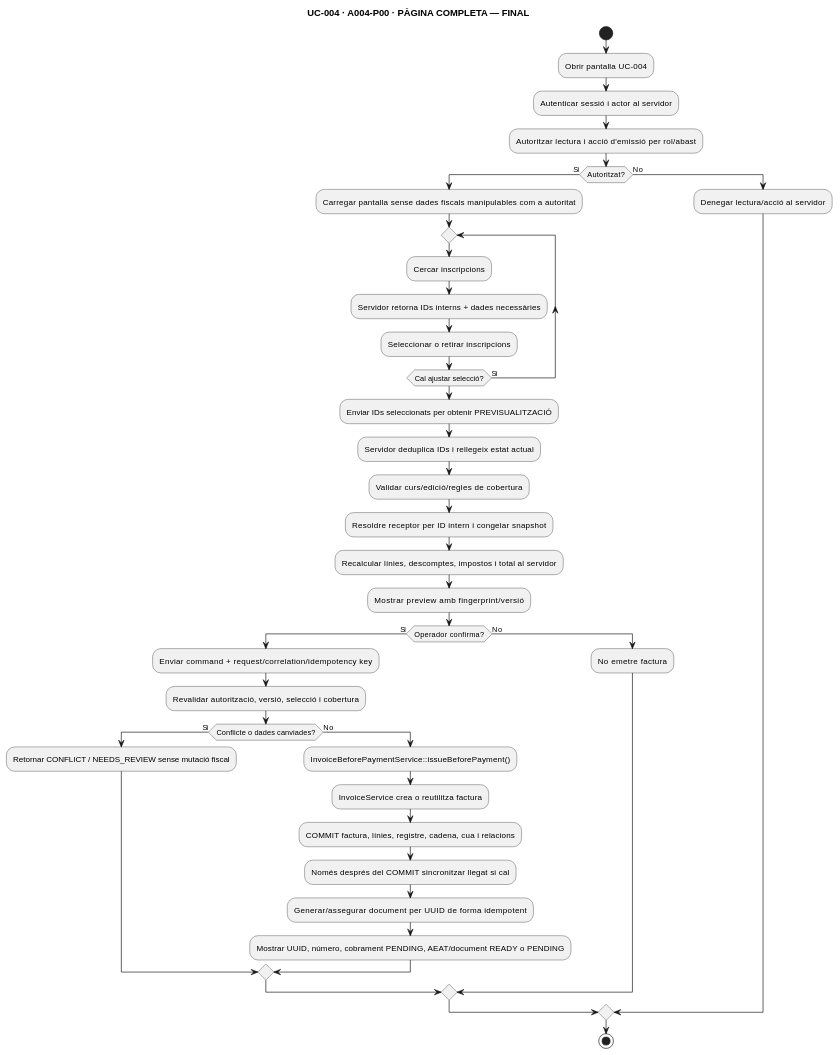
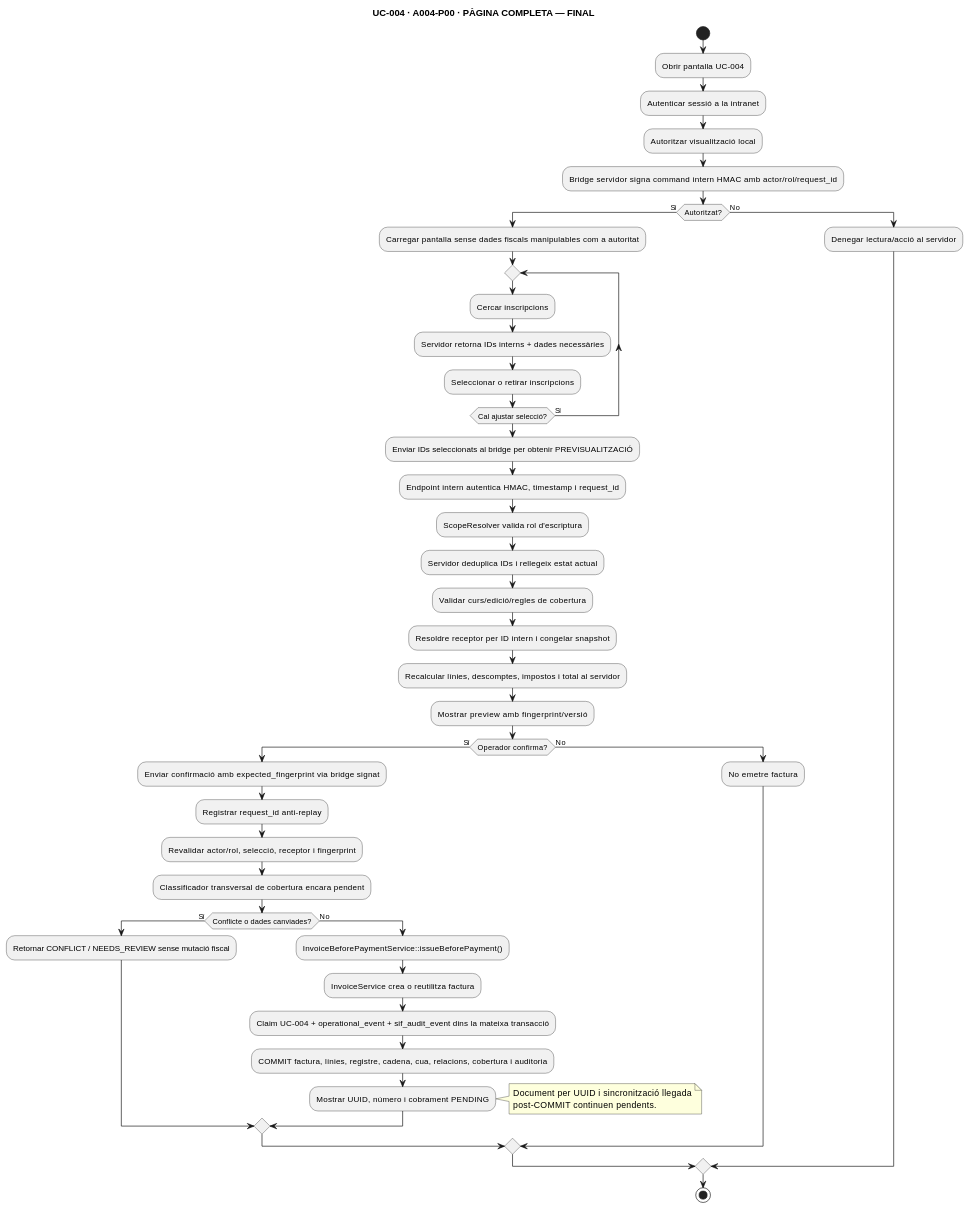
The second of 14 diagrams in documentacio/07-uml-integrat/uc-004-activitats-actual-final.md (orgmeriemprismacat-del/verifactu), drawn with PlantUML before and after one commit. The commit also changed other lines of this file, not shown here.

Commit message:
docs(UC-004): revalidar 14 activitats ACTUAL FINAL

````diff
--- a/documentacio/07-uml-integrat/uc-004-activitats-actual-final.md
+++ b/documentacio/07-uml-integrat/uc-004-activitats-actual-final.md
@@ -96,44 +98,52 @@
 ```plantuml
 @startuml
 title UC-004 · A004-P00 · PÀGINA COMPLETA — FINAL
 start
 :Obrir pantalla UC-004;
-:Autenticar sessió i actor al servidor;
-:Autoritzar lectura i acció d'emissió per rol/abast;
+:Autenticar sessió a la intranet;
+:Autoritzar visualització local;
+:Bridge servidor signa command intern HMAC amb actor/rol/request_id;
 if (Autoritzat?) then (Sí)
   :Carregar pantalla sense dades fiscals manipulables com a autoritat;
   repeat
     :Cercar inscripcions;
     :Servidor retorna IDs interns + dades necessàries;
     :Seleccionar o retirar inscripcions;
   repeat while (Cal ajustar selecció?) is (Sí)
 
-  :Enviar IDs seleccionats per obtenir PREVISUALITZACIÓ;
+  :Enviar IDs seleccionats al bridge per obtenir PREVISUALITZACIÓ;
+  :Endpoint intern autentica HMAC, timestamp i request_id;
+  :ScopeResolver valida rol d'escriptura;
   :Servidor deduplica IDs i rellegeix estat actual;
   :Validar curs/edició/regles de cobertura;
   :Resoldre receptor per ID intern i congelar snapshot;
   :Recalcular línies, descomptes, impostos i total al servidor;
   :Mostrar preview amb fingerprint/versió;
 
   if (Operador confirma?) then (Sí)
-    :Enviar command + request/correlation/idempotency key;
-    :Revalidar autorització, versió, selecció i cobertura;
+    :Enviar confirmació amb expected_fingerprint via bridge signat;
+    :Registrar request_id anti-replay;
+    :Revalidar actor/rol, selecció, receptor i fingerprint;
+    :Classificador transversal de cobertura encara pendent;
     if (Conflicte o dades canviades?) then (Sí)
       :Retornar CONFLICT / NEEDS_REVIEW sense mutació fiscal;
     else (No)
       :InvoiceBeforePaymentService::issueBeforePayment();
       :InvoiceService crea o reutilitza factura;
-      :COMMIT factura, línies, registre, cadena, cua i relacions;
-      :Només després del COMMIT sincronitzar llegat si cal;
-      :Generar/assegurar document per UUID de forma idempotent;
-      :Mostrar UUID, número, cobrament PENDING, AEAT/document READY o PENDING;
+      :Claim UC-004 + operational_event + sif_audit_event dins la mateixa transacció;
+      :COMMIT factura, línies, registre, cadena, cua, relacions, cobertura i auditoria;
+      :Mostrar UUID, número i cobrament PENDING;
+      note right
+        Document per UUID i sincronització llegada
+        post-COMMIT continuen pendents.
+      end note
     endif
   else (No)
     :No emetre factura;
   endif
 else (No)
   :Denegar lectura/acció al servidor;
 endif
 stop
 @enduml
 ```
````
